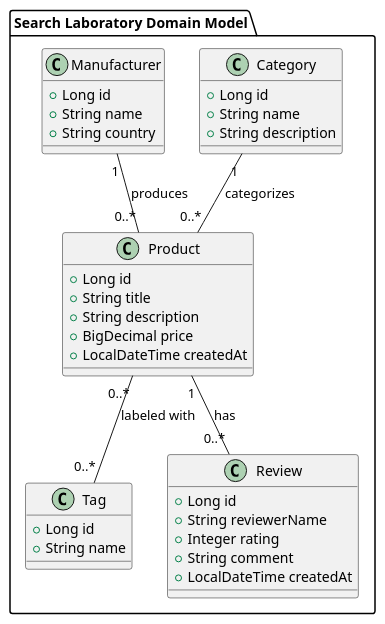
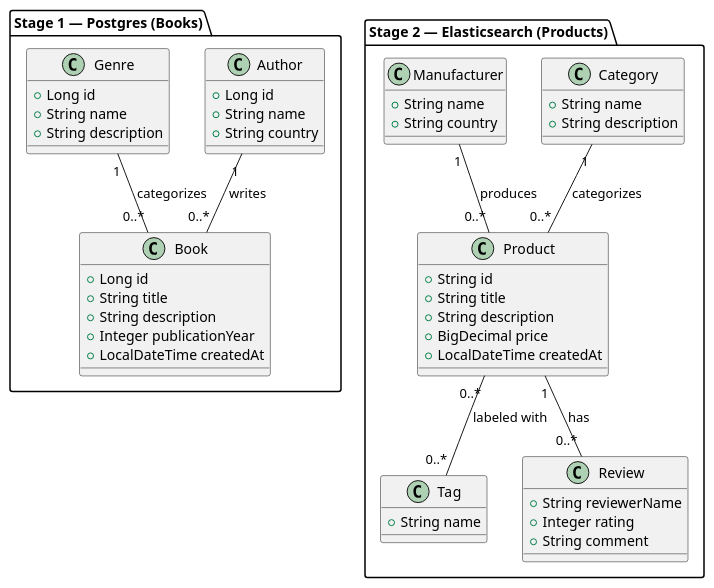
One commit to rusudinu/wad-lab6 changed the diagram in domain.puml. Above: the diagram before and after it, drawn with PlantUML. The commit also changed 37 other files, not shown here.

```diff
--- a/domain.puml
+++ b/domain.puml
@@ -1,49 +1,65 @@
 @startuml
 
-package "Search Laboratory Domain Model" {
+package "Stage 1 — Postgres (Books)" {
+
+  class Book {
+    +Long id
+    +String title
+    +String description
+    +Integer publicationYear
+    +LocalDateTime createdAt
+  }
+
+  class Author {
+    +Long id
+    +String name
+    +String country
+  }
+
+  class Genre {
+    +Long id
+    +String name
+    +String description
+  }
+
+  Author "1" -- "0..*" Book : writes
+  Genre "1" -- "0..*" Book : categorizes
+}
+
+package "Stage 2 — Elasticsearch (Products)" {
 
   class Product {
-    +Long id
+    +String id
     +String title
     +String description
     +BigDecimal price
     +LocalDateTime createdAt
   }
 
   class Category {
-    +Long id
     +String name
     +String description
   }
 
+  class Manufacturer {
+    +String name
+    +String country
+  }
+
   class Tag {
-    +Long id
     +String name
   }
 
   class Review {
-    +Long id
     +String reviewerName
     +Integer rating
     +String comment
-    +LocalDateTime createdAt
   }
 
-  class Manufacturer {
-    +Long id
-    +String name
-    +String country
-  }
-
+  Category "1" -- "0..*" Product : categorizes
+  Manufacturer "1" -- "0..*" Product : produces
+  Product "1" -- "0..*" Review : has
+  Product "0..*" -- "0..*" Tag : labeled with
 }
 
-' =========================
-' Relationships
-' =========================
-
-Category "1" -- "0..*" Product : categorizes
-Manufacturer "1" -- "0..*" Product : produces
-Product "1" -- "0..*" Review : has
-Product "0..*" -- "0..*" Tag : labeled with
-
 @enduml
```
